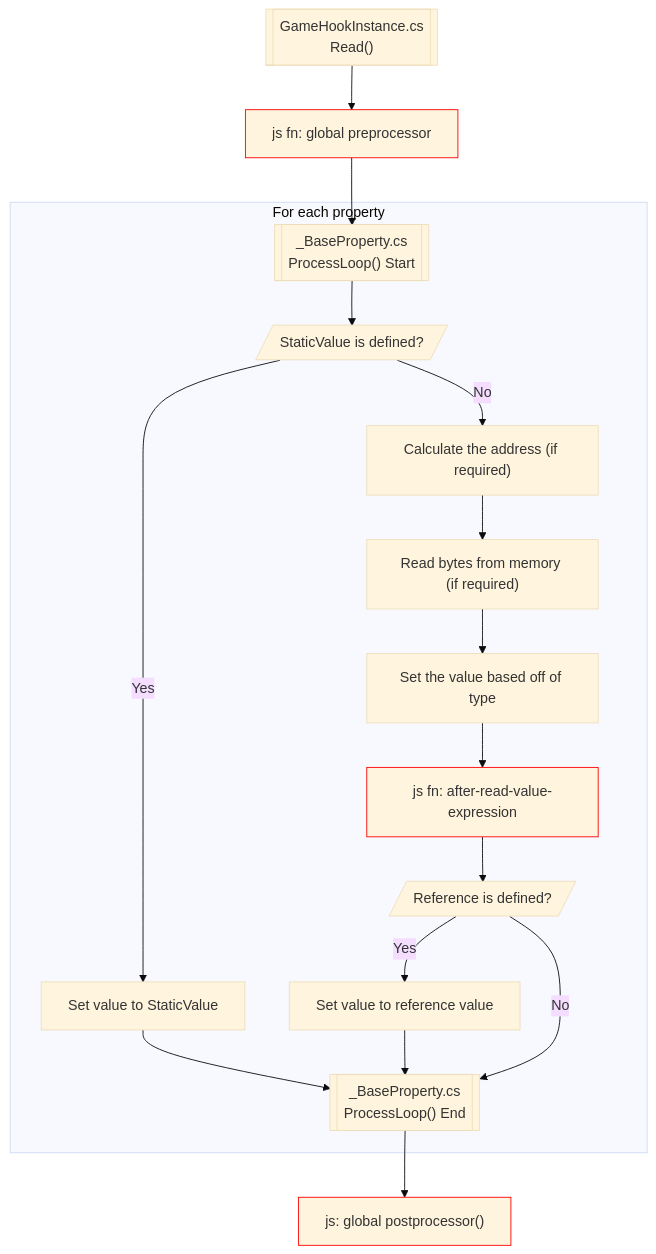
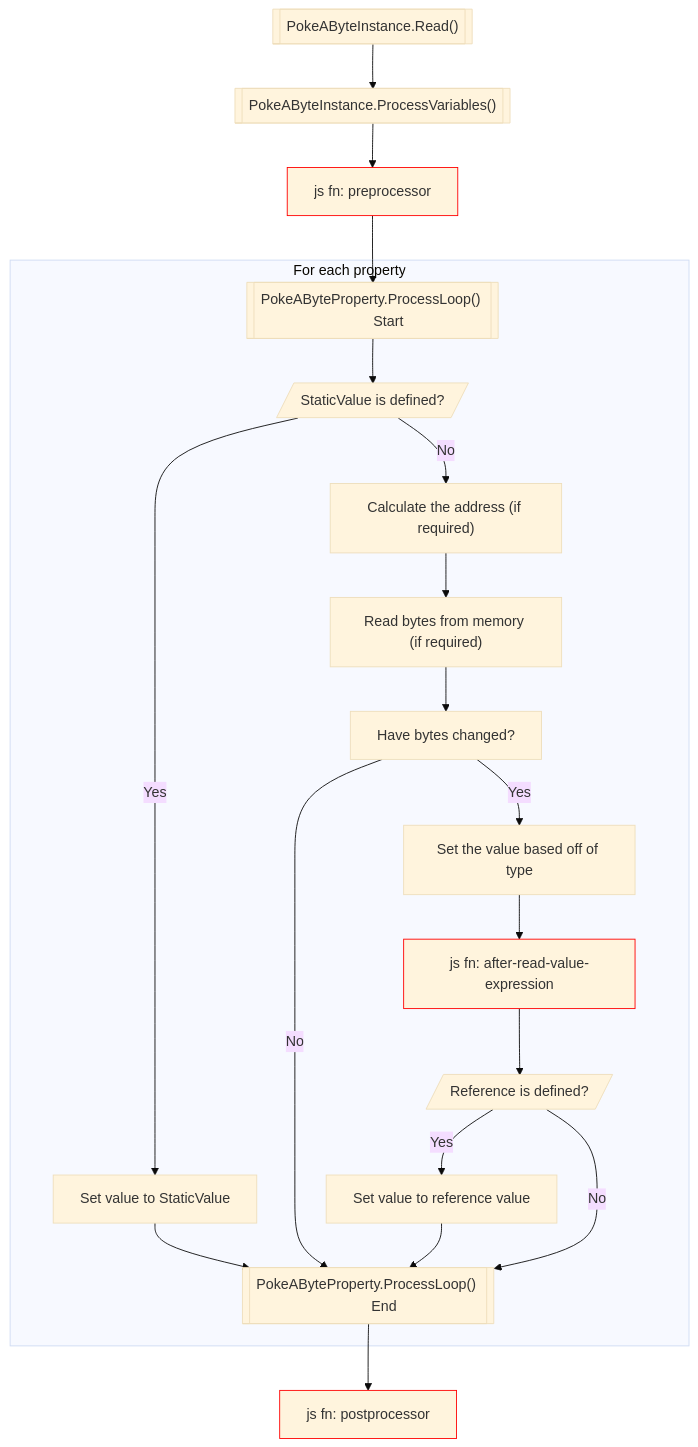
The diagram in docs/read-property.md (PokeAByte/PokeAByte), drawn with Mermaid (base theme) before and after one commit. The commit also changed 6 other files, not shown here.

````diff
--- a/docs/read-property.md
+++ b/docs/read-property.md
@@ -1,28 +1,34 @@
 ```mermaid
 %% Read
 flowchart TB
     classDef js stroke:#f00
 
-    StartRead[["GameHookInstance.cs\nRead()"]] -->
-    JsGlobalPreprocessor[js fn: global preprocessor]:::js --> StartForEachProperty
+    StartRead[["PokeAByteInstance.Read()"]] -->
+    ProcessVariable[["PokeAByteInstance.ProcessVariables()"]] -->
+    JsGlobalPreprocessor[js fn: preprocessor]:::js --> StartForEachProperty
     subgraph "For each property"
-        StartForEachProperty[["_BaseProperty.cs\nProcessLoop() Start"]] -->
+        StartForEachProperty[["PokeAByteProperty.ProcessLoop() 
+        Start"]] -->
 
         StaticValueQuestion[/StaticValue is defined?/] 
         StaticValueQuestion --> |Yes| StaticValueQuestionY[Set value to StaticValue] --> EndForEachProperty
         StaticValueQuestion --> |No| CalcAddress
         CalcAddress["Calculate the address (if required)"] -->
         ReadBytes["Read bytes from memory (if required)"] -->
+        CheckEqual["Have bytes changed?"]
+        CheckEqual --> |Yes| ReadValue
+        CheckEqual --> |No| EndForEachProperty
 
         ReadValue[Set the value based off of type] -->
         AfterReadValueExpression[js fn: after-read-value-expression]:::js -->
 
         RefIsDefinedQ[/Reference is defined?/] 
         RefIsDefinedQ --> |Yes| RefIsDefinedQY[Set value to reference value] --> EndForEachProperty
         RefIsDefinedQ --> |No| EndForEachProperty
 
-        EndForEachProperty[["_BaseProperty.cs\nProcessLoop() End"]]
+        EndForEachProperty[["PokeAByteProperty.ProcessLoop() 
+        End"]]
     end
     EndForEachProperty --> JsGlobalPostprocessor
-    JsGlobalPostprocessor["js: global postprocessor()"]:::js
+    JsGlobalPostprocessor["js fn: postprocessor"]:::js
 ```
````
